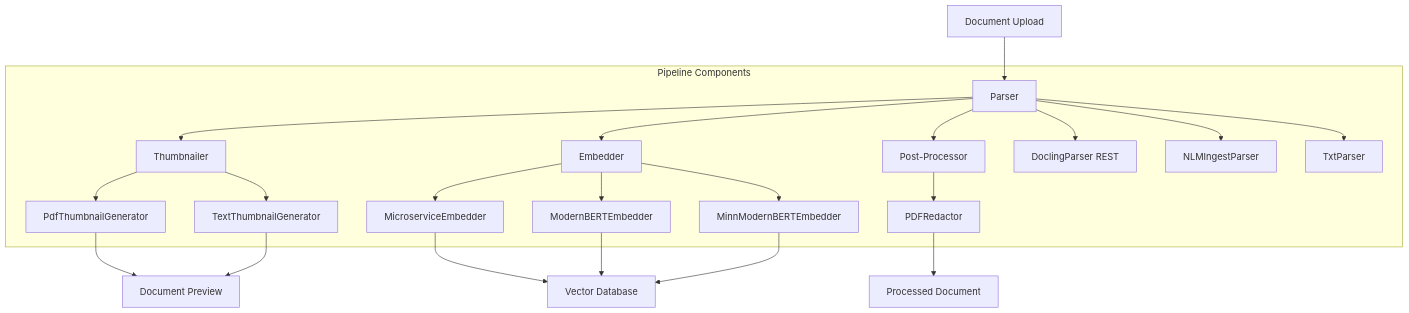
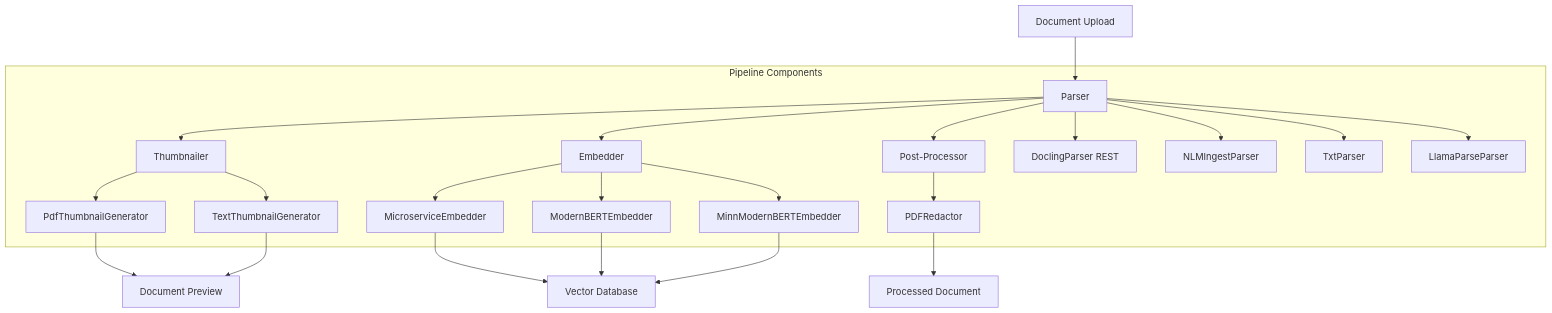
One commit to baichuanping/OpenContracts changed the diagram in docs/pipelines/pipeline_overview.md. Above: the diagram before and after it, drawn with Mermaid. The commit also changed other lines of this file and 3 other files, not shown here.

First line of the commit message:
docs: Add LlamaParse parser documentation

````diff
--- a/docs/pipelines/pipeline_overview.md
+++ b/docs/pipelines/pipeline_overview.md
@@ -15,29 +15,30 @@
 ```mermaid
 graph TD
     A[Document Upload] --> B[Parser]
     B --> C[Thumbnailer]
     B --> D[Embedder]
     B --> PP[Post-Processor]
 
     subgraph "Pipeline Components"
         B --> B1[DoclingParser REST]
         B --> B2[NLMIngestParser]
         B --> B3[TxtParser]
+        B --> B4[LlamaParseParser]
 
         C --> C1[PdfThumbnailGenerator]
         C --> C2[TextThumbnailGenerator]
 
         D --> D1[MicroserviceEmbedder]
         D --> D2[ModernBERTEmbedder]
         D --> D3[MinnModernBERTEmbedder]
 
         PP --> PP1[PDFRedactor]
     end
 
     C1 --> E[Document Preview]
     C2 --> E
     D1 --> F[Vector Database]
     D2 --> F
     D3 --> F
     PP1 --> G[Processed Document]
 ```
````
